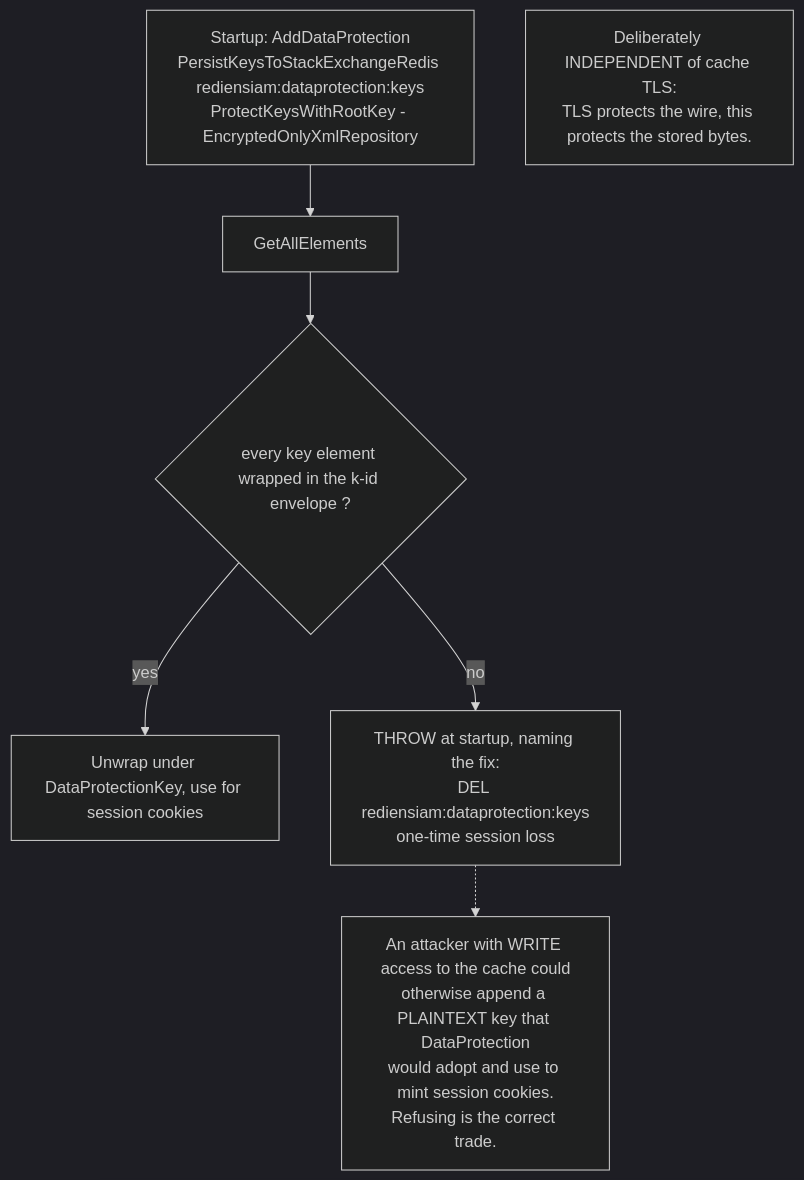
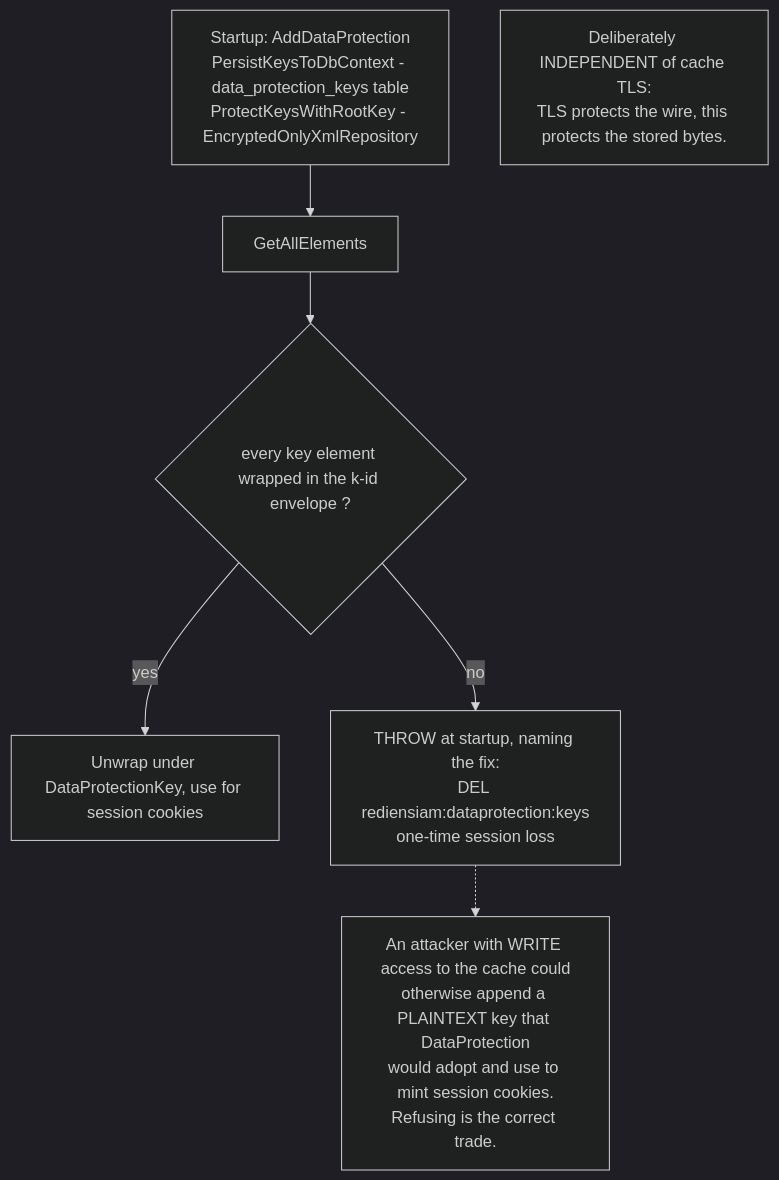
Diagram 21 of 25 in docs/DIAGRAMS.md (GuillaumeCariou/RediensIAM), drawn with Mermaid (dark theme) before and after one commit. The commit also changed other lines of this file and 55 other files, not shown here.

````diff
--- a/docs/DIAGRAMS.md
+++ b/docs/DIAGRAMS.md
@@ -884,14 +858,14 @@
 ```mermaid
 flowchart TD
-    boot["Startup: AddDataProtection<br/>PersistKeysToStackExchangeRedis rediensiam:dataprotection:keys<br/>ProtectKeysWithRootKey - EncryptedOnlyXmlRepository"]
+    boot["Startup: AddDataProtection<br/>PersistKeysToDbContext - data_protection_keys table<br/>ProtectKeysWithRootKey - EncryptedOnlyXmlRepository"]
     read["GetAllElements"]
     chk{"every key element wrapped in the k-id envelope ?"}
     ok["Unwrap under DataProtectionKey, use for session cookies"]
     boom["THROW at startup, naming the fix:<br/>DEL rediensiam:dataprotection:keys<br/>one-time session loss"]
     why["An attacker with WRITE access to the cache could<br/>otherwise append a PLAINTEXT key that DataProtection<br/>would adopt and use to mint session cookies.<br/>Refusing is the correct trade."]
     boot-->read-->chk
     chk-->|"yes"| ok
     chk-->|"no"| boom
     boom-.->why
     ind["Deliberately INDEPENDENT of cache TLS:<br/>TLS protects the wire, this protects the stored bytes."]
 ```
````
